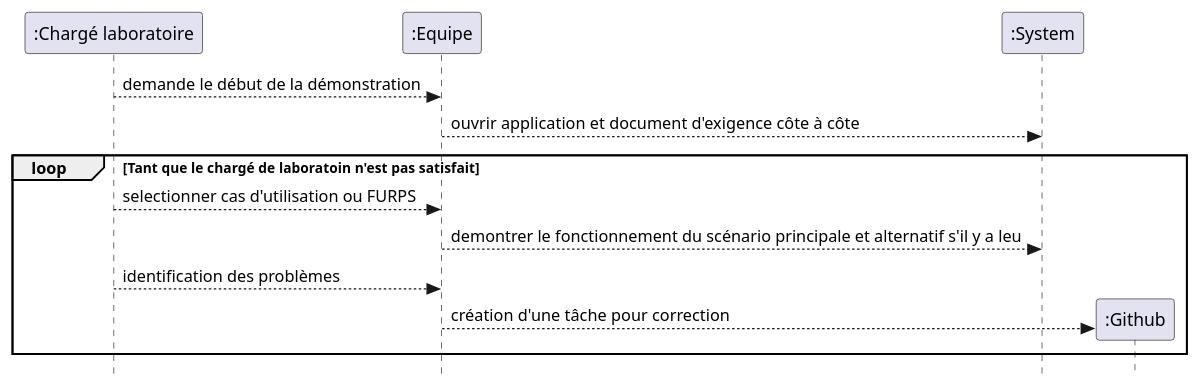
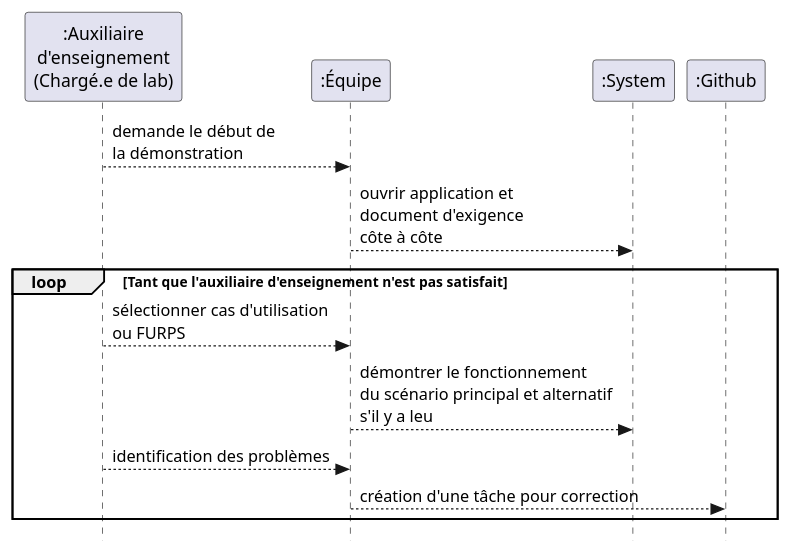
Before and after one commit to profcfuhrmanets/log210-jeu-de-des-node-express-ts: the first of 2 diagrams in README.puml, drawn with PlantUML. The commit also changed other lines of this file and 2 other files, not shown here.

```diff
--- a/README.puml
+++ b/README.puml
@@ -1,17 +1,17 @@
 @startuml dss-demonstration
 skinparam style strictuml
-participant ":Chargé laboratoire" as C
-participant ":Equipe" as E
+participant ":Auxiliaire\nd'enseignement\n(Chargé.e de lab)" as C
+participant ":Équipe" as E
 participant ":System" as S
 participant ":Github" as G
 
-C --> E: demande le début de la démonstration
-E --> S: ouvrir application et document d'exigence côte à côte
-Loop Tant que le chargé de laboratoin n'est pas satisfait
-    C --> E: selectionner cas d'utilisation ou FURPS
-    E --> S: demontrer le fonctionnement du scénario principale et alternatif s'il y a leu
+C --> E: demande le début de\nla démonstration
+E --> S: ouvrir application et \ndocument d'exigence\ncôte à côte
+loop Tant que l'auxiliaire d'enseignement n'est pas satisfait
+    C --> E: sélectionner cas d'utilisation\nou FURPS
+    E --> S: démontrer le fonctionnement\ndu scénario principal et alternatif\ns'il y a leu
     C --> E: identification des problèmes
-    E --> G**:  création d'une tâche pour correction
+    E --> G:  création d'une tâche pour correction
 end
 
 @enduml
```
